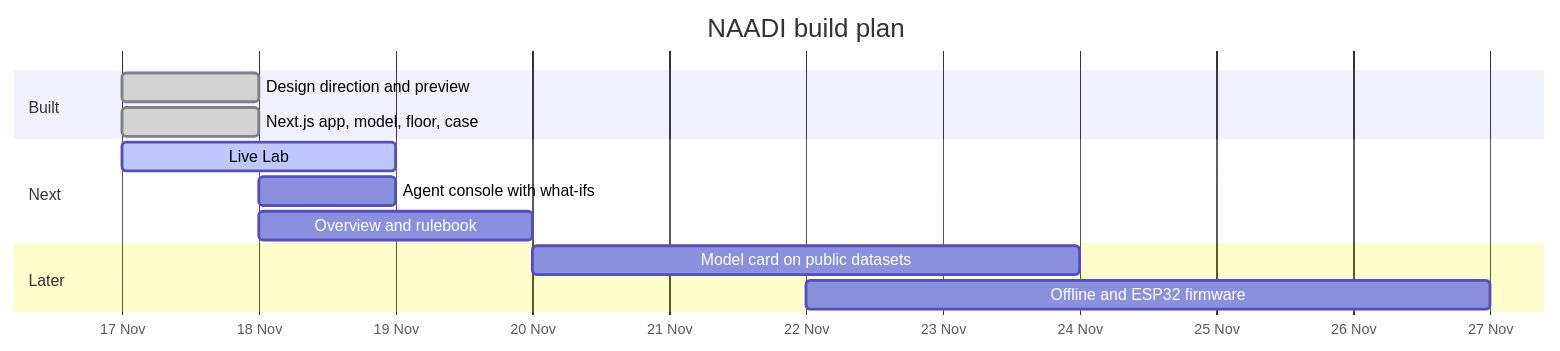
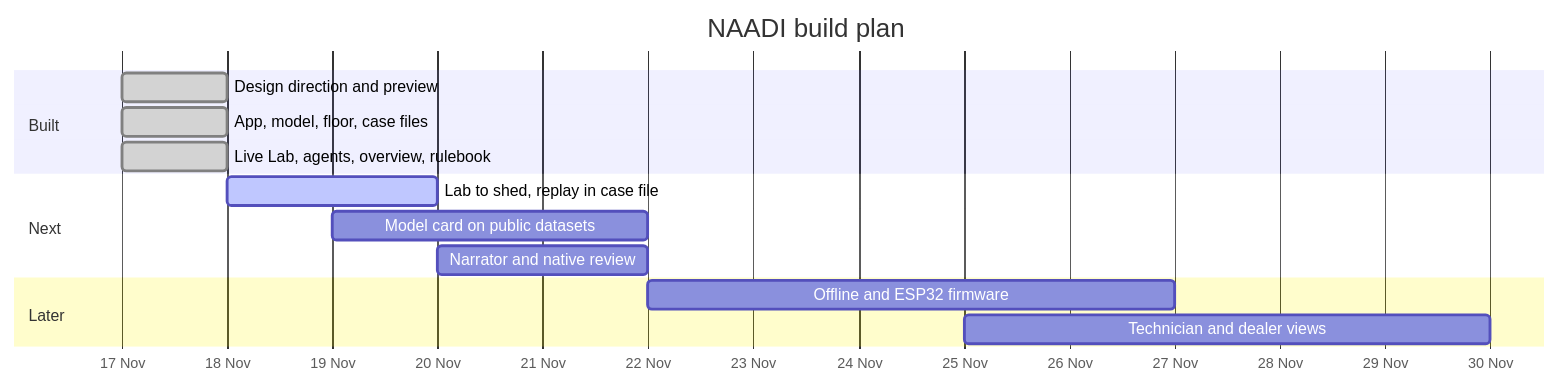
Before and after one commit to vizsh/Naadi: the diagram in docs/08-roadmap.md, drawn with Mermaid. The commit also changed other lines of this file and 37 other files, not shown here.

````diff
--- a/docs/08-roadmap.md
+++ b/docs/08-roadmap.md
@@ -41,16 +43,17 @@
 ```mermaid
 gantt
   title NAADI build plan
   dateFormat  YYYY-MM-DD
   axisFormat  %d %b
   section Built
-  Design direction and preview     :done, d1, 2026-11-17, 1d
-  Next.js app, model, floor, case  :done, d2, 2026-11-17, 1d
+  Design direction and preview          :done, d1, 2026-11-17, 1d
+  App, model, floor, case files         :done, d2, 2026-11-17, 1d
+  Live Lab, agents, overview, rulebook  :done, d3, 2026-11-17, 1d
   section Next
-  Live Lab                         :active, n1, 2026-11-17, 2d
-  Agent console with what-ifs      :n2, 2026-11-18, 1d
-  Overview and rulebook            :n3, 2026-11-18, 2d
+  Lab to shed, replay in case file      :active, n1, 2026-11-18, 2d
+  Model card on public datasets         :n2, 2026-11-19, 3d
+  Narrator and native review            :n3, 2026-11-20, 2d
   section Later
-  Model card on public datasets    :l1, 2026-11-20, 4d
-  Offline and ESP32 firmware       :l2, 2026-11-22, 5d
+  Offline and ESP32 firmware            :l1, 2026-11-22, 5d
+  Technician and dealer views           :l2, 2026-11-25, 5d
 ```
````
